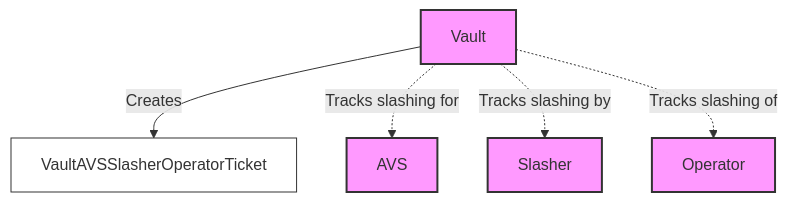
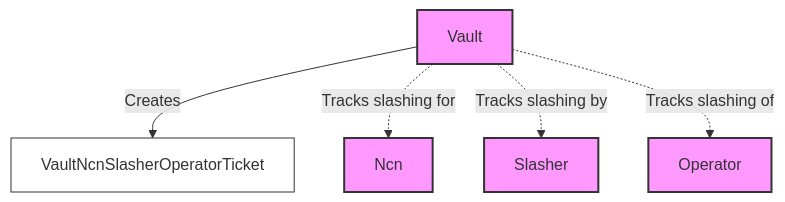
The fourth of 4 diagrams in docs/concepts/vault_program.md (jito-foundation/restaking), drawn with Mermaid before and after one commit. The commit also changed other lines of this file and 61 other files, not shown here.

Commit message:
Rename AVS -> NCN (#25)

````diff
--- a/docs/concepts/vault_program.md
+++ b/docs/concepts/vault_program.md
@@ -90,14 +90,14 @@
 ```mermaid
 graph TD
     classDef main fill: #f9f, stroke: #333, stroke-width: 2px;
     classDef ticket fill: #fff, stroke: #333, stroke-width: 1px;
     Vault[Vault]:::main
-    AVS[AVS]:::main
+    Ncn[Ncn]:::main
     Slasher[Slasher]:::main
     Operator[Operator]:::main
-    VaultAvsSlasherOperatorTicket[VaultAVSSlasherOperatorTicket]:::ticket
-    Vault -->|Creates| VaultAvsSlasherOperatorTicket
-    Vault -.->|Tracks slashing for| AVS
+    VaultNcnSlasherOperatorTicket[VaultNcnSlasherOperatorTicket]:::ticket
+    Vault -->|Creates| VaultNcnSlasherOperatorTicket
+    Vault -.->|Tracks slashing for| Ncn
     Vault -.->|Tracks slashing by| Slasher
     Vault -.->|Tracks slashing of| Operator
 ```
````
